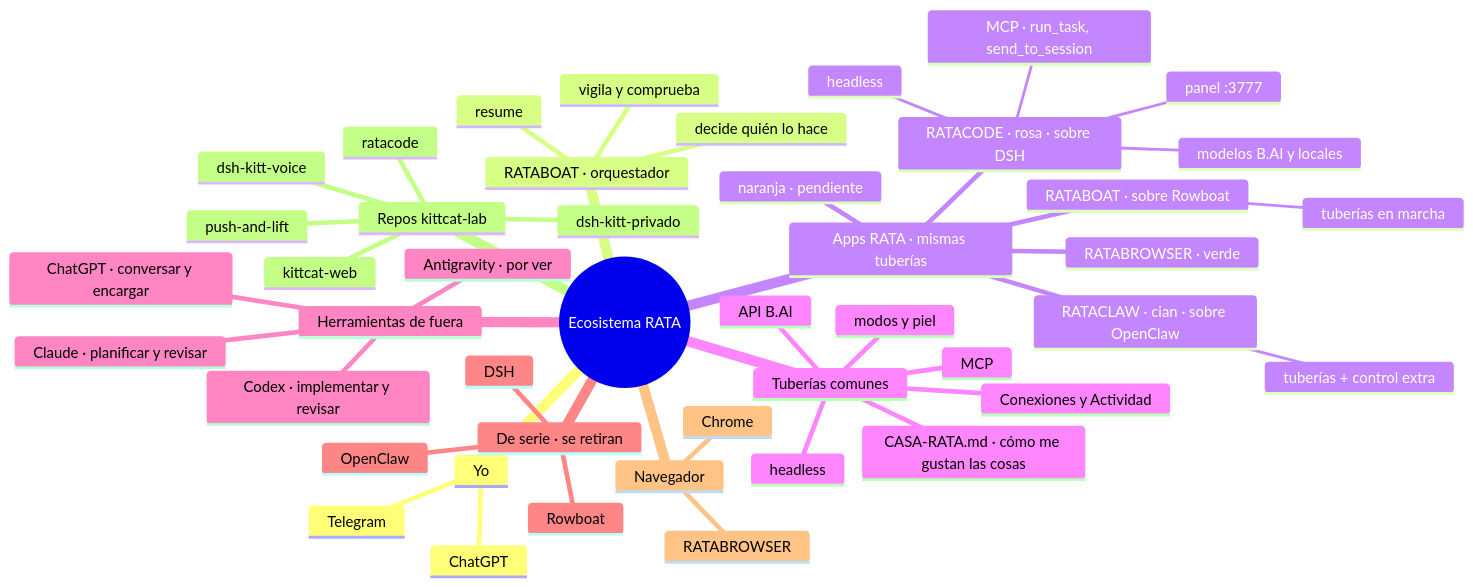
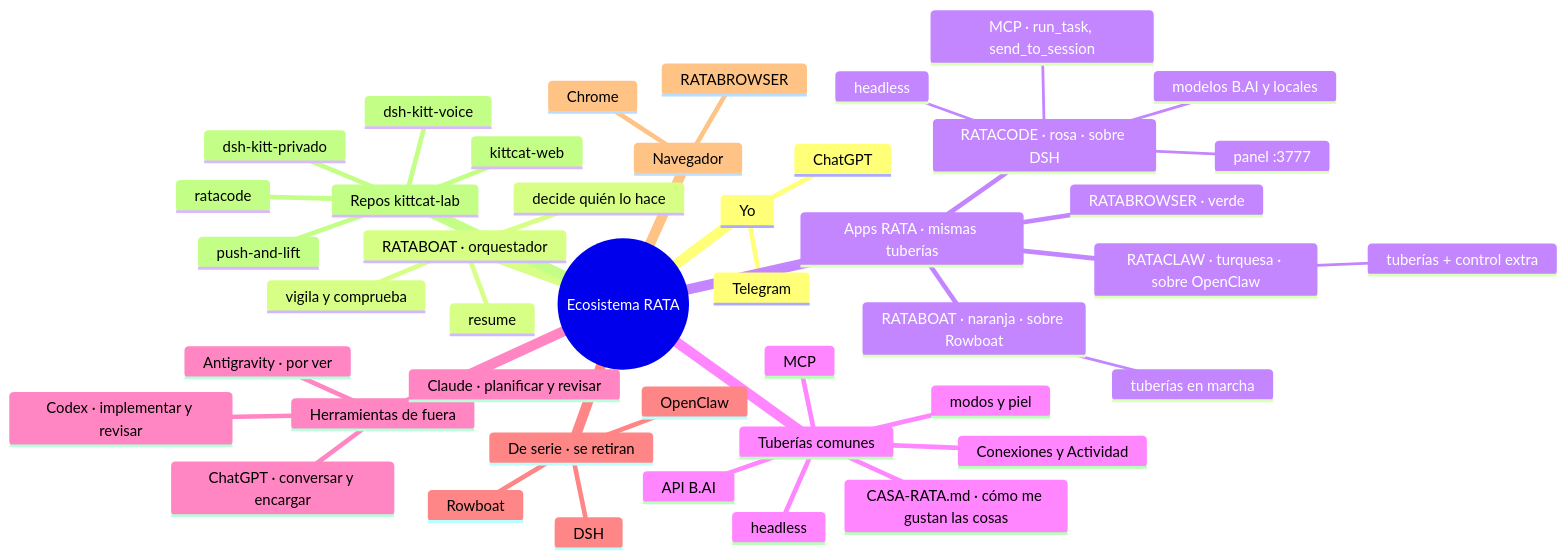
One commit to kittcat-lab/ratacode changed the diagram in ENCARGO-RATABOAT.md. Above: the diagram before and after it, drawn with Mermaid. The commit also changed other lines of this file and 2 other files, not shown here.

Commit message:
R35 · el naranja es de RATABOAT y el turquesa de RATACLAW, en los tres encargos
Claude-Session: https://claude.ai/code/session_01BKzV1MwSMqjeymr9SWzupX

````diff
--- a/ENCARGO-RATABOAT.md
+++ b/ENCARGO-RATABOAT.md
@@ -195,48 +194,47 @@
 ```mermaid
 mindmap
   root((Ecosistema RATA))
     Yo
       Telegram
       ChatGPT
     RATABOAT · orquestador
       decide quién lo hace
       vigila y comprueba
       resume
     Apps RATA · mismas tuberías
       RATACODE · rosa · sobre DSH
         panel :3777
         headless
         MCP · run_task, send_to_session
         modelos B.AI y locales
-      RATACLAW · cian · sobre OpenClaw
+      RATACLAW · turquesa · sobre OpenClaw
         tuberías + control extra
-      RATABOAT · sobre Rowboat
+      RATABOAT · naranja · sobre Rowboat
         tuberías en marcha
       RATABROWSER · verde
-      naranja · pendiente
     Tuberías comunes
       MCP
       headless
       API B.AI
       modos y piel
       Conexiones y Actividad
       CASA-RATA.md · cómo me gustan las cosas
     Herramientas de fuera
       Claude · planificar y revisar
       Codex · implementar y revisar
       Antigravity · por ver
       ChatGPT · conversar y encargar
     De serie · se retiran
       DSH
       OpenClaw
       Rowboat
     Navegador
       RATABROWSER
       Chrome
     Repos kittcat-lab
       ratacode
       kittcat-web
       dsh-kitt-voice
       dsh-kitt-privado
       push-and-lift
 ```
````
